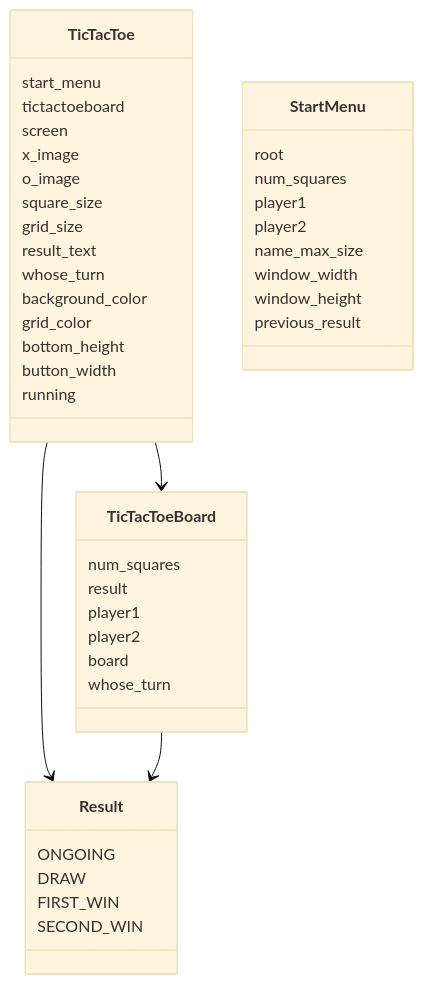
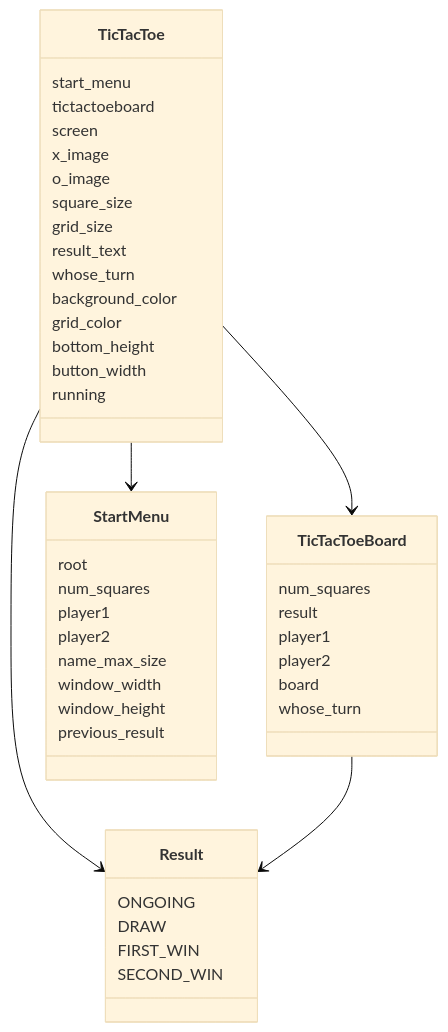
The first of 2 diagrams in maarittelydokumentti/arkkitehtuuri.md (TatuSorjonen/ot-harjoitustyo), drawn with Mermaid (base theme) before and after one commit.

````diff
--- a/maarittelydokumentti/arkkitehtuuri.md
+++ b/maarittelydokumentti/arkkitehtuuri.md
@@ -17,47 +17,48 @@
 ```mermaid
  classDiagram
       TicTacToe --> TicTacToeBoard
       TicTacToe --> Result
+      TicTacToe --> StartMenu
       TicTacToeBoard --> Result
       
       class TicTacToe{
           start_menu
           tictactoeboard
           screen
           x_image
           o_image
           square_size
           grid_size
           result_text
           whose_turn
           background_color
           grid_color
           bottom_height
           button_width
           running
       }
       class TicTacToeBoard{
           num_squares
           result
           player1
           player2
           board
           whose_turn
       }
       class Result{
           ONGOING
           DRAW
           FIRST_WIN
           SECOND_WIN
       }
       class StartMenu{
           root
           num_squares
           player1
           player2
           name_max_size
           window_width
           window_height
           previous_result
       }
 ```
````
